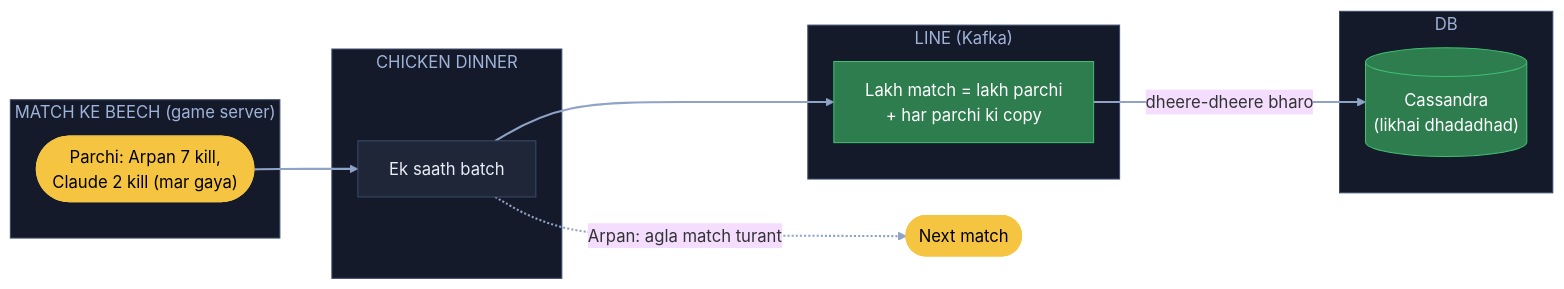
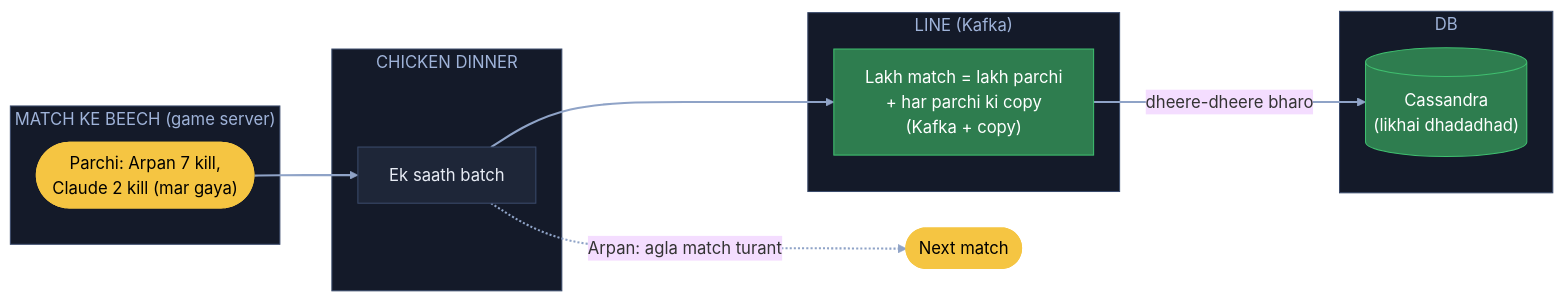
Before and after one commit to ArpanMaheshwari144/Prep: the fifth of 6 diagrams in 04_HLD/SYSTEM_DESIGNS/20_pubg/20_pubg.md, drawn with Mermaid (base theme). The commit also changed 22 other files, not shown here.

Commit message:
Diagram: sirf kahani ke dohraaye shabd pe bracket, us jagah notes wala matlab (207 label)

````diff
--- a/04_HLD/SYSTEM_DESIGNS/20_pubg/20_pubg.md
+++ b/04_HLD/SYSTEM_DESIGNS/20_pubg/20_pubg.md
@@ -264,27 +264,27 @@
 ```mermaid
 flowchart LR
     subgraph G["MATCH KE BEECH (game server)"]
         P(["Parchi: Arpan 7 kill,<br/>Claude 2 kill (mar gaya)"]):::pill
     end
     subgraph E["CHICKEN DINNER"]
         B["Ek saath batch"]:::card
     end
     subgraph K["LINE (Kafka)"]
-        Q["Lakh match = lakh parchi<br/>+ har parchi ki copy"]:::good
+        Q["Lakh match = lakh parchi<br/>+ har parchi ki copy<br/>(Kafka + copy)"]:::good
     end
     subgraph D["DB"]
         C[("Cassandra<br/>(likhai dhadadhad)")]:::good
     end
     P --> B
     B --> Q
     Q -- "dheere-dheere bharo" --> C
     B -. "Arpan: agla match turant" .-> N(["Next match"]):::pill
     linkStyle default stroke:#8fa3c7,stroke-width:2px
     classDef card fill:#1e2638,stroke:#3a4a6b,color:#e8ecf5
     classDef pill fill:#f5c542,stroke:#f5c542,color:#000
     classDef good fill:#2e7d4f,stroke:#3fbf6f,color:#fff
     style G fill:#141a29,stroke:#3a4a6b,color:#9fb3d9
     style E fill:#141a29,stroke:#3a4a6b,color:#9fb3d9
     style K fill:#141a29,stroke:#3a4a6b,color:#9fb3d9
     style D fill:#141a29,stroke:#3a4a6b,color:#9fb3d9
 ```
````
